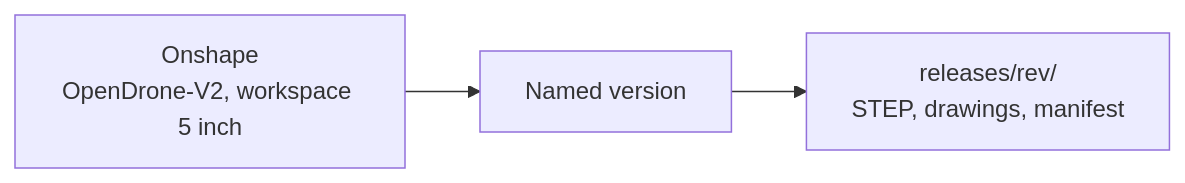
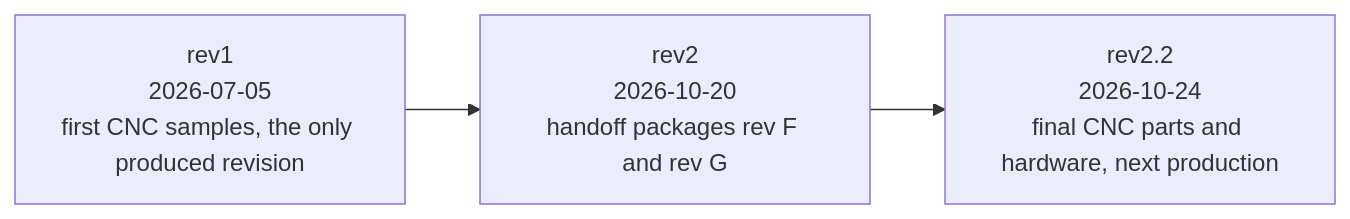
Before and after one commit to OpenDrone-hw/OpenFrame-5F: the first of 2 diagrams in README.md, drawn with Mermaid. The commit also changed other lines of this file and 38 other files, not shown here.

First line of the commit message:
release: rev2.2, final CNC parts and hardware (#10)

````diff
--- a/README.md
+++ b/README.md
@@ -17,5 +37,6 @@
 ```mermaid
 flowchart LR
-  O["Onshape<br/>OpenDrone-V2, workspace 5 inch"] --> V["Named version"]
-  V --> R["releases/rev/<br/>STEP, drawings, manifest"]
+  R0["rev1<br/>2026-07-05<br/>first CNC samples, the only produced revision"] --> R1
+  R1["rev2<br/>2026-10-20<br/>handoff packages rev F and rev G"] --> R2
+  R2["rev2.2<br/>2026-10-24<br/>final CNC parts and hardware, next production"]
 ```
````
